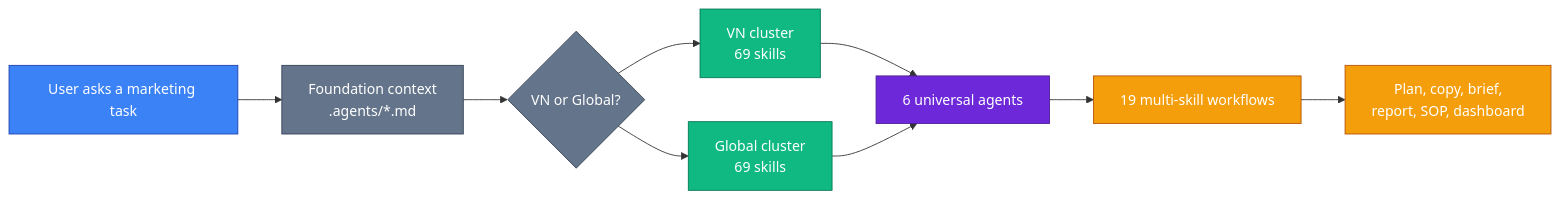
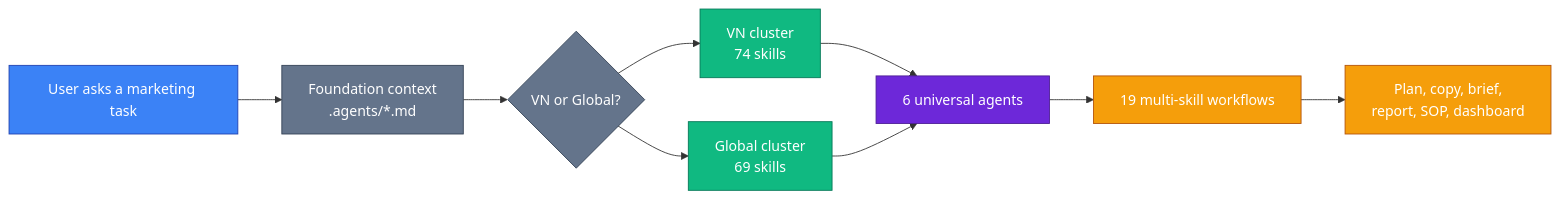
One commit to minhnv0807/ai-business-skills changed the first of 2 diagrams in README.md. Above: the diagram before and after it, drawn with Mermaid. The commit also changed other lines of this file and 162 other files, not shown here.

````diff
--- a/README.md
+++ b/README.md
@@ -40,23 +40,23 @@
 ```mermaid
 flowchart LR
     UserRequest["User asks a marketing task"] --> Context["Foundation context<br/>.agents/*.md"]
     Context --> ModeRouter{"VN or Global?"}
-    ModeRouter --> VN["VN cluster<br/>69 skills"]
+    ModeRouter --> VN["VN cluster<br/>74 skills"]
     ModeRouter --> Global["Global cluster<br/>69 skills"]
     VN --> Agents["6 universal agents"]
     Global --> Agents
     Agents --> Workflows["19 multi-skill workflows"]
     Workflows --> Output["Plan, copy, brief,<br/>report, SOP, dashboard"]
 
     classDef user fill:#3b82f6,stroke:#1e40af,color:#fff
     classDef system fill:#64748b,stroke:#334155,color:#fff
     classDef admin fill:#f59e0b,stroke:#b45309,color:#fff
     classDef cmsdev fill:#6d28d9,stroke:#4c1d95,color:#fff
     classDef db fill:#10b981,stroke:#047857,color:#fff
 
     class UserRequest user
     class Context,ModeRouter system
     class VN,Global db
     class Agents cmsdev
     class Workflows,Output admin
 ```
````
